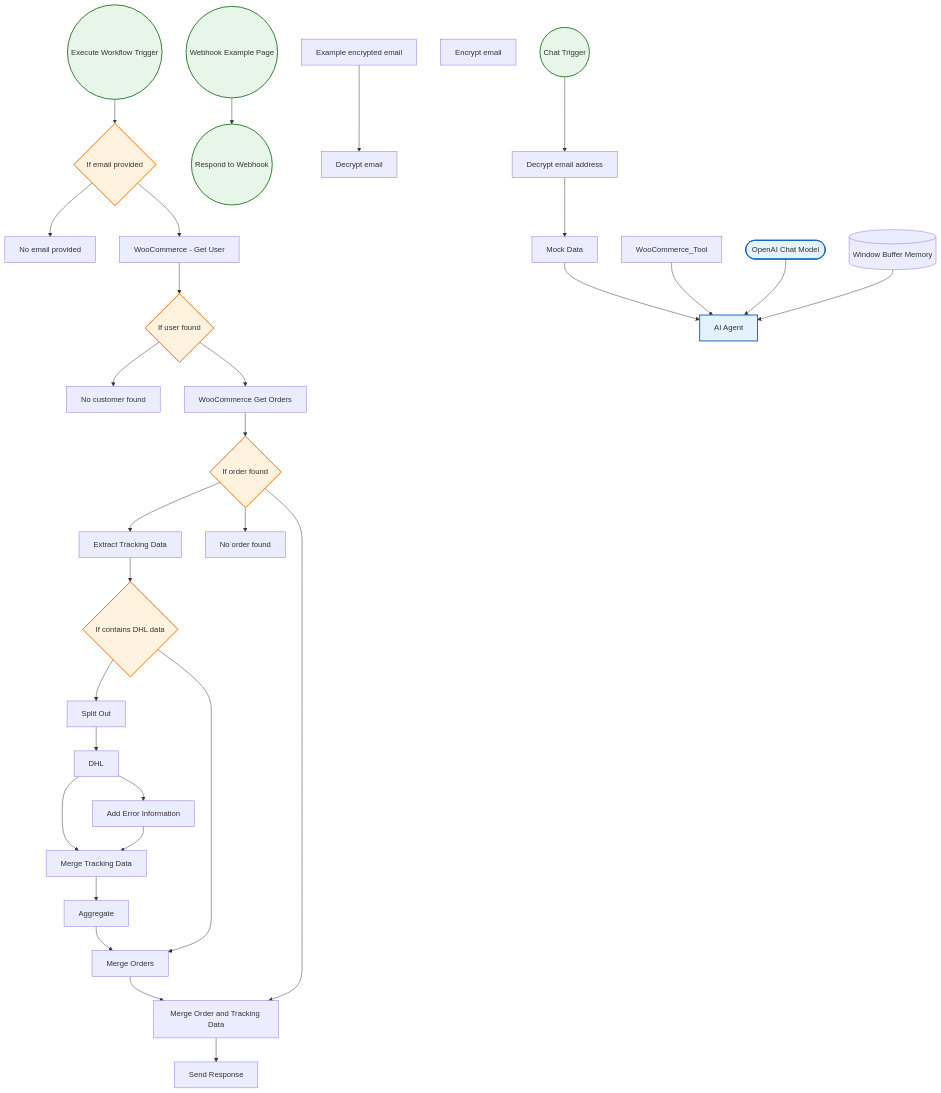
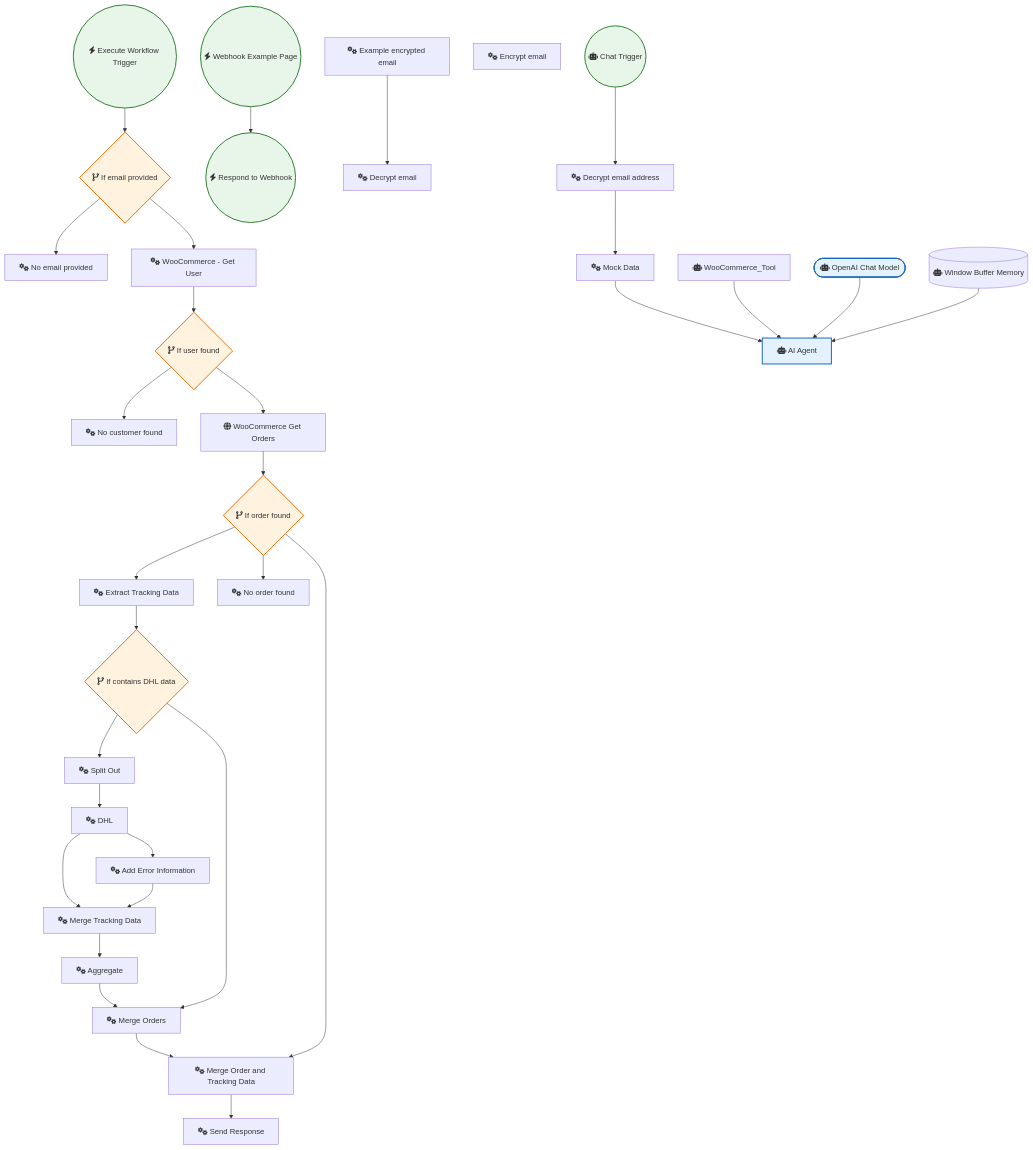
One commit to sreyash3105/N8N-DEMO-AUTOMATIONS changed the diagram in OpenAI_and_LLMs/AI-powered WooCommerce Support-Agent.md. Above: the diagram before and after it, drawn with Mermaid. The commit also changed 291 other files, not shown here.

````diff
--- a/OpenAI_and_LLMs/AI-powered WooCommerce Support-Agent.md
+++ b/OpenAI_and_LLMs/AI-powered WooCommerce Support-Agent.md
@@ -1,68 +1,68 @@
 ```mermaid
 graph TD
     classDef trigger fill:#e8f5e9,stroke:#2e7d32,stroke-width:2px;
     classDef ai fill:#e3f2fd,stroke:#1565c0,stroke-width:2px;
     classDef logic fill:#fff3e0,stroke:#ef6c00,stroke-width:2px;
 
-    No_email_provided["No email provided"]
-    If_email_provided{"If email provided"}:::logic
-    If_user_found{"If user found"}:::logic
-    No_customer_found["No customer found"]
-    If_contains_DHL_data{"If contains DHL data"}:::logic
-    Extract_Tracking_Data["Extract Tracking Data"]
-    Merge_Orders["Merge Orders"]
-    Merge_Order_and_Tracking_Data["Merge Order and Tracking Data"]
-    Split_Out["Split Out"]
-    Aggregate["Aggregate"]
-    Merge_Tracking_Data["Merge Tracking Data"]
-    Window_Buffer_Memory[("Window Buffer Memory")]
-    Execute_Workflow_Trigger(("Execute Workflow Trigger")):::trigger
-    WooCommerce___Get_User["WooCommerce - Get User"]
-    If_order_found{"If order found"}:::logic
-    WooCommerce_Get_Orders["WooCommerce Get Orders"]
-    No_order_found["No order found"]
-    Add_Error_Information["Add Error Information"]
-    DHL["DHL"]
-    Send_Response["Send Response"]
-    OpenAI_Chat_Model(["OpenAI Chat Model"]):::ai
-    WooCommerce_Tool["WooCommerce_Tool"]
-    Chat_Trigger(("Chat Trigger")):::trigger
-    Respond_to_Webhook(("Respond to Webhook")):::trigger
-    Webhook_Example_Page(("Webhook Example Page")):::trigger
-    Decrypt_email["Decrypt email"]
-    Encrypt_email["Encrypt email"]
-    Example_encrypted_email["Example encrypted email"]
-    Decrypt_email_address["Decrypt email address"]
-    AI_Agent["AI Agent"]:::ai
-    Mock_Data["Mock Data"]
+    No_email_provided["fas:fa-cogs No email provided"]
+    If_email_provided{"fas:fa-code-branch If email provided"}:::logic
+    If_user_found{"fas:fa-code-branch If user found"}:::logic
+    No_customer_found["fas:fa-cogs No customer found"]
+    If_contains_DHL_data{"fas:fa-code-branch If contains DHL data"}:::logic
+    Extract_Tracking_Data["fas:fa-cogs Extract Tracking Data"]
+    Merge_Orders["fas:fa-cogs Merge Orders"]
+    Merge_Order_and_Tracking_Data["fas:fa-cogs Merge Order and Tracking Data"]
+    Split_Out["fas:fa-cogs Split Out"]
+    Aggregate["fas:fa-cogs Aggregate"]
+    Merge_Tracking_Data["fas:fa-cogs Merge Tracking Data"]
+    Window_Buffer_Memory[("fas:fa-robot Window Buffer Memory")]
+    Execute_Workflow_Trigger(("fas:fa-bolt Execute Workflow Trigger")):::trigger
+    WooCommerce___Get_User["fas:fa-cogs WooCommerce - Get User"]
+    If_order_found{"fas:fa-code-branch If order found"}:::logic
+    WooCommerce_Get_Orders["fas:fa-globe WooCommerce Get Orders"]
+    No_order_found["fas:fa-cogs No order found"]
+    Add_Error_Information["fas:fa-cogs Add Error Information"]
+    DHL["fas:fa-cogs DHL"]
+    Send_Response["fas:fa-cogs Send Response"]
+    OpenAI_Chat_Model(["fas:fa-robot OpenAI Chat Model"]):::ai
+    WooCommerce_Tool["fas:fa-robot WooCommerce_Tool"]
+    Chat_Trigger(("fas:fa-robot Chat Trigger")):::trigger
+    Respond_to_Webhook(("fas:fa-bolt Respond to Webhook")):::trigger
+    Webhook_Example_Page(("fas:fa-bolt Webhook Example Page")):::trigger
+    Decrypt_email["fas:fa-cogs Decrypt email"]
+    Encrypt_email["fas:fa-cogs Encrypt email"]
+    Example_encrypted_email["fas:fa-cogs Example encrypted email"]
+    Decrypt_email_address["fas:fa-cogs Decrypt email address"]
+    AI_Agent["fas:fa-robot AI Agent"]:::ai
+    Mock_Data["fas:fa-cogs Mock Data"]
 
     DHL --> Merge_Tracking_Data
     DHL --> Add_Error_Information
     Aggregate --> Merge_Orders
     Mock_Data --> AI_Agent
     Split_Out --> DHL
     Chat_Trigger --> Decrypt_email_address
     Merge_Orders --> Merge_Order_and_Tracking_Data
     If_user_found --> WooCommerce_Get_Orders
     If_user_found --> No_customer_found
     If_order_found --> Extract_Tracking_Data
     If_order_found --> Merge_Order_and_Tracking_Data
     If_order_found --> No_order_found
     WooCommerce_Tool --> AI_Agent
     If_email_provided --> WooCommerce___Get_User
     If_email_provided --> No_email_provided
     OpenAI_Chat_Model --> AI_Agent
     Merge_Tracking_Data --> Aggregate
     If_contains_DHL_data --> Split_Out
     If_contains_DHL_data --> Merge_Orders
     Webhook_Example_Page --> Respond_to_Webhook
     Window_Buffer_Memory --> AI_Agent
     Add_Error_Information --> Merge_Tracking_Data
     Decrypt_email_address --> Mock_Data
     Extract_Tracking_Data --> If_contains_DHL_data
     WooCommerce___Get_User --> If_user_found
     WooCommerce_Get_Orders --> If_order_found
     Example_encrypted_email --> Decrypt_email
     Execute_Workflow_Trigger --> If_email_provided
     Merge_Order_and_Tracking_Data --> Send_Response
 ```
````
